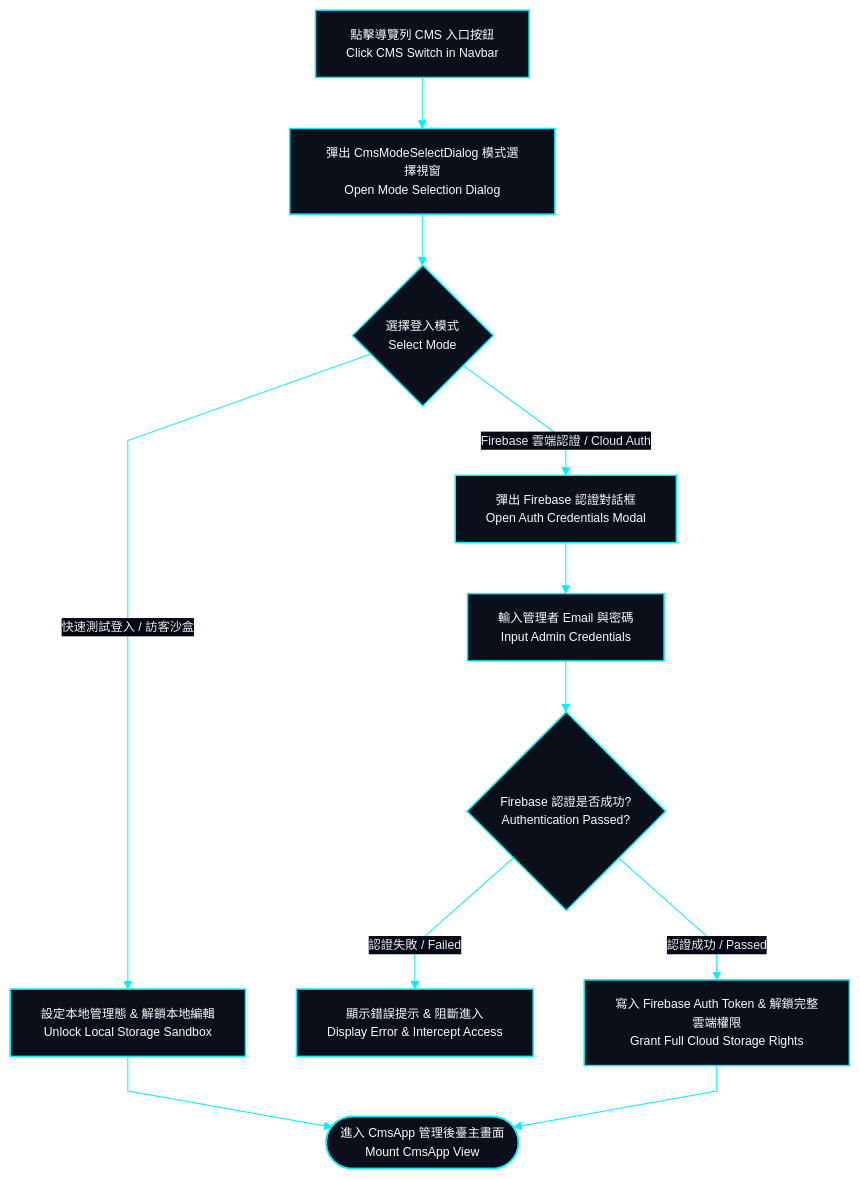
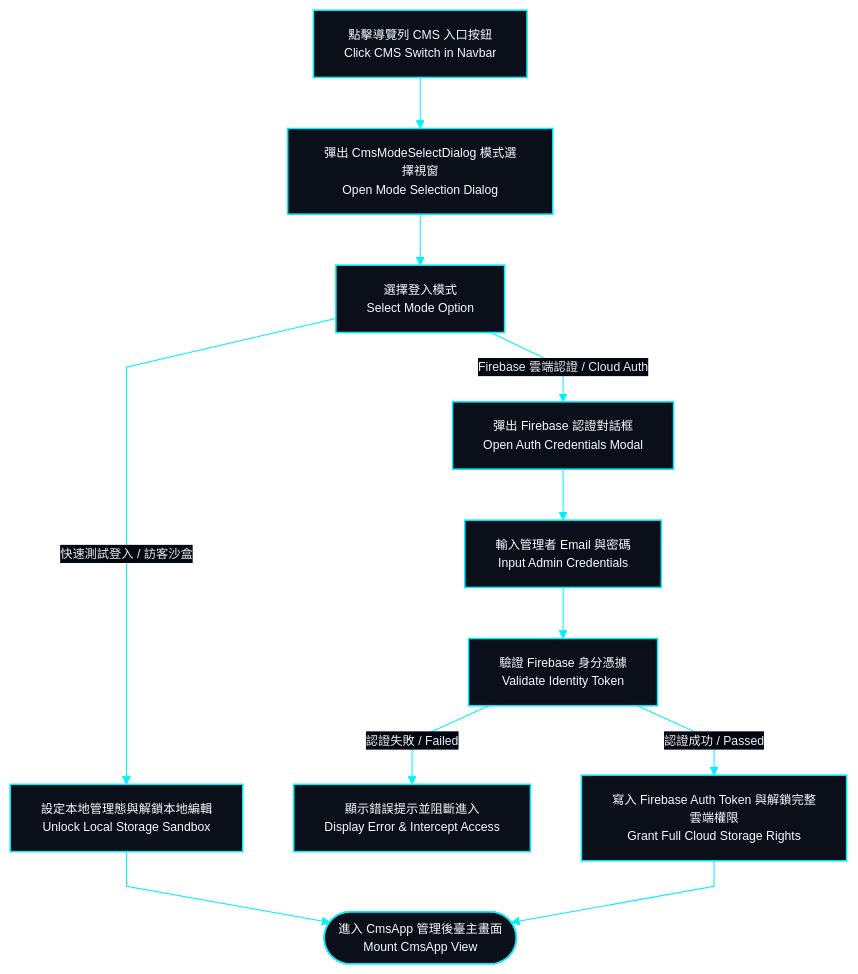
One commit to EricXJason/my-portfolio-website changed the second of 4 diagrams in docs/system-design/05-flowcharts.md. Above: the diagram before and after it, drawn with Mermaid. The commit also changed other lines of this file and 5 other files, not shown here.

Commit message:
feat: synchronize latest system design specifications and bulletproof flowchart HUD diagrams

````diff
--- a/docs/system-design/05-flowcharts.md
+++ b/docs/system-design/05-flowcharts.md
@@ -50,34 +50,34 @@
 ```mermaid
 %%{init: {
   'theme': 'base',
   'themeVariables': {
     'darkMode': true,
     'background': '#030712',
     'mainBkg': '#0b0f19',
     'nodeBorder': '#00f0ff',
     'textColor': '#f8fafc',
     'lineColor': '#00f0ff',
     'edgeLabelBackground': '#030712',
     'fontSize': '12px'
   },
   'flowchart': {
     'curve': 'linear'
   }
 }}%%
 flowchart TD
     classDef hudCard fill:#0b0f19,stroke:#00f0ff,stroke-width:1.5px,color:#f8fafc;
 
-    ClickGear[點擊導覽列 CMS 入口按鈕<br>Click CMS Switch in Navbar]:::hudCard --> OpenDialog[彈出 CmsModeSelectDialog 模式選擇視窗<br>Open Mode Selection Dialog]:::hudCard
-    OpenDialog --> Choice{選擇登入模式<br>Select Mode}:::hudCard
+    ClickGear["點擊導覽列 CMS 入口按鈕<br>Click CMS Switch in Navbar"]:::hudCard --> OpenDialog["彈出 CmsModeSelectDialog 模式選擇視窗<br>Open Mode Selection Dialog"]:::hudCard
+    OpenDialog --> Choice["選擇登入模式<br>Select Mode Option"]:::hudCard
     
-    Choice -->|"快速測試登入 / 訪客沙盒"| GrantGuest[設定本地管理態 & 解鎖本地編輯<br>Unlock Local Storage Sandbox]:::hudCard
-    Choice -->|"Firebase 雲端認證 / Cloud Auth"| OpenFB[彈出 Firebase 認證對話框<br>Open Auth Credentials Modal]:::hudCard
+    Choice -->|"快速測試登入 / 訪客沙盒"| GrantGuest["設定本地管理態與解鎖本地編輯<br>Unlock Local Storage Sandbox"]:::hudCard
+    Choice -->|"Firebase 雲端認證 / Cloud Auth"| OpenFB["彈出 Firebase 認證對話框<br>Open Auth Credentials Modal"]:::hudCard
     
-    OpenFB --> InputCreds[輸入管理者 Email 與密碼<br>Input Admin Credentials]:::hudCard
-    InputCreds --> Validating{Firebase 認證是否成功?<br>Authentication Passed?}:::hudCard
-    Validating -->|"認證失敗 / Failed"| ShowErr[顯示錯誤提示 & 阻斷進入<br>Display Error & Intercept Access]:::hudCard
-    Validating -->|"認證成功 / Passed"| GrantAdmin[寫入 Firebase Auth Token & 解鎖完整雲端權限<br>Grant Full Cloud Storage Rights]:::hudCard
+    OpenFB --> InputCreds["輸入管理者 Email 與密碼<br>Input Admin Credentials"]:::hudCard
+    InputCreds --> Validating["驗證 Firebase 身分憑據<br>Validate Identity Token"]:::hudCard
+    Validating -->|"認證失敗 / Failed"| ShowErr["顯示錯誤提示並阻斷進入<br>Display Error & Intercept Access"]:::hudCard
+    Validating -->|"認證成功 / Passed"| GrantAdmin["寫入 Firebase Auth Token 與解鎖完整雲端權限<br>Grant Full Cloud Storage Rights"]:::hudCard
     
-    GrantGuest --> CMSView([進入 CmsApp 管理後臺主畫面<br>Mount CmsApp View]):::hudCard
+    GrantGuest --> CMSView(["進入 CmsApp 管理後臺主畫面<br>Mount CmsApp View"]):::hudCard
     GrantAdmin --> CMSView
 ```
````
